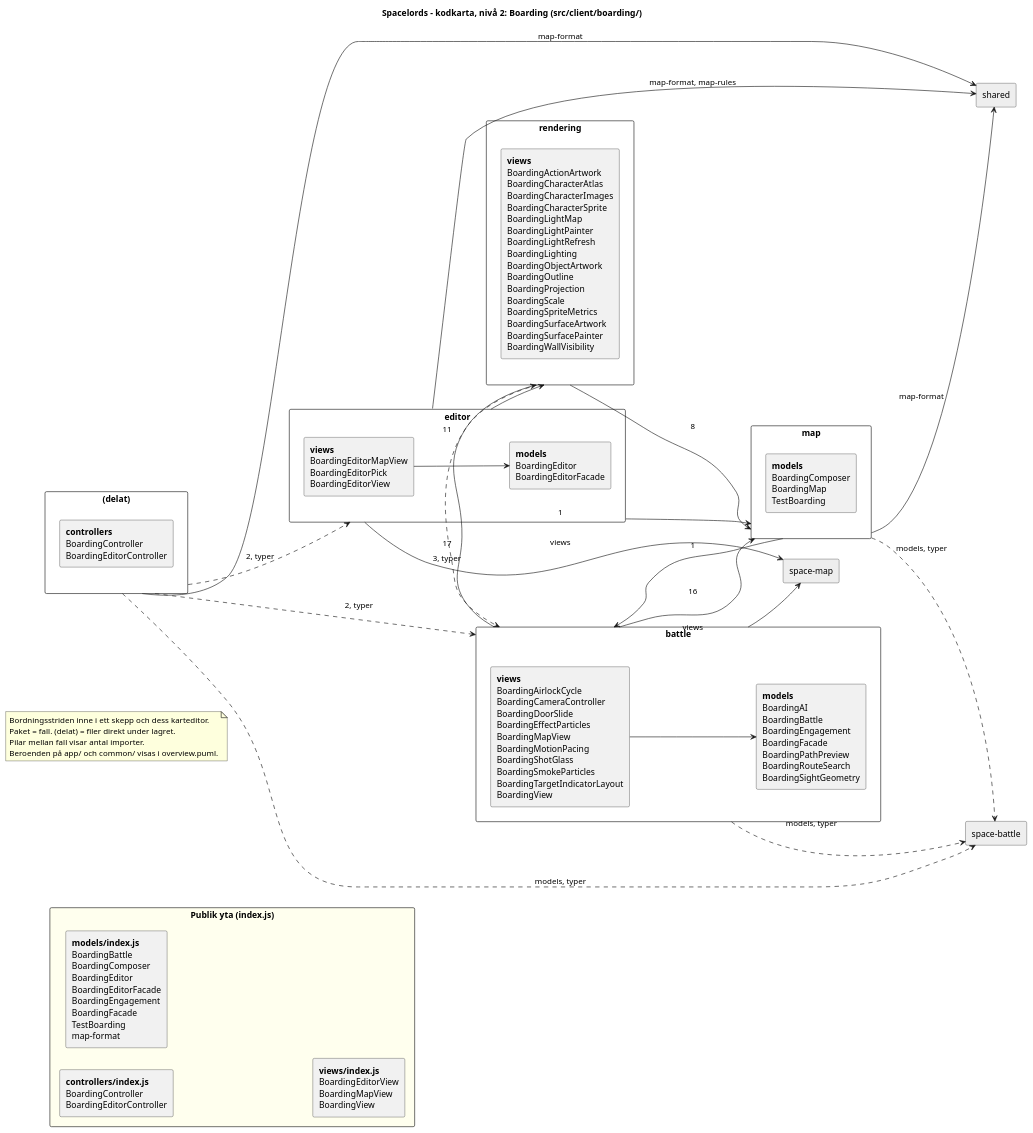
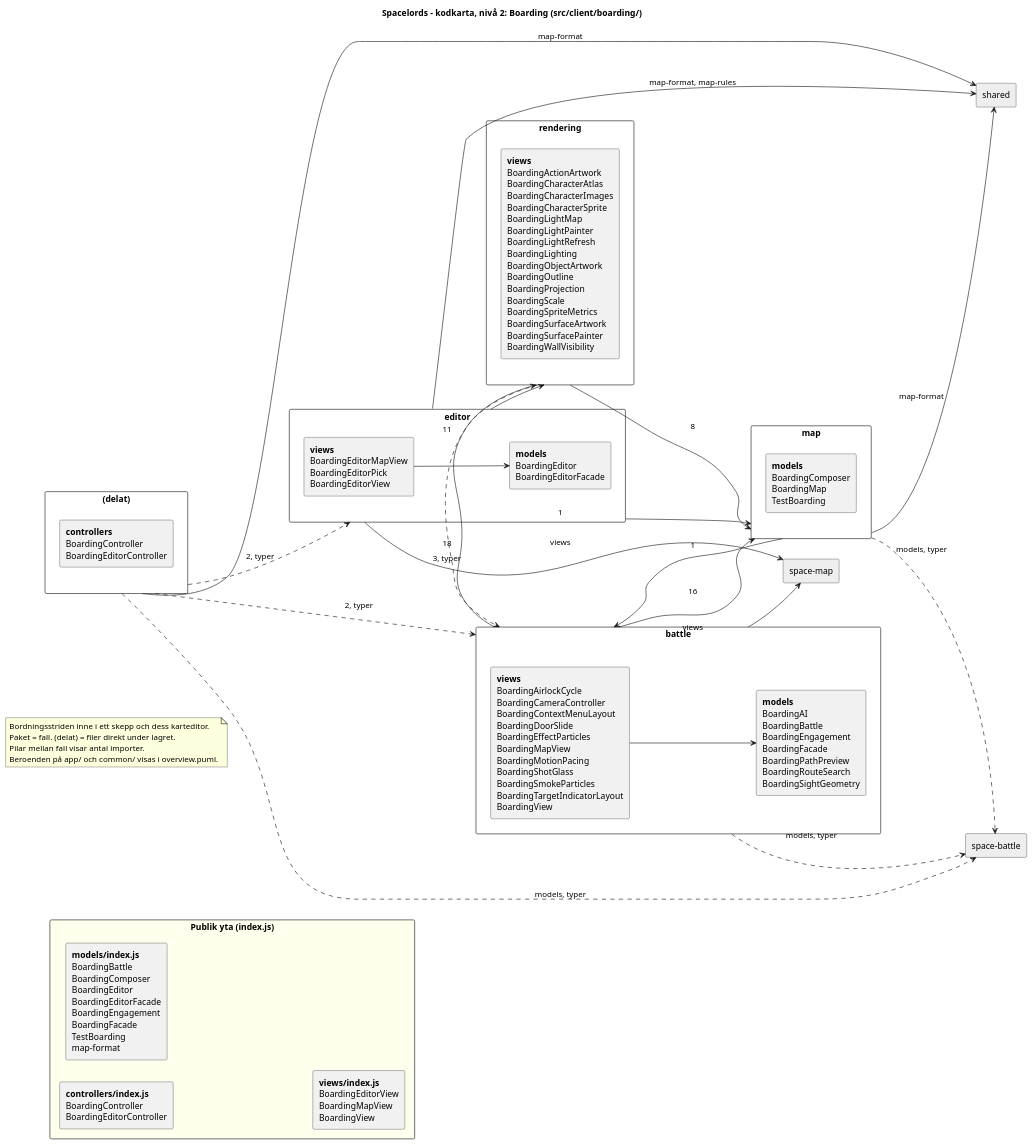
The diagram in docs/architecture/boarding.puml (dntoll/spacelords), drawn with PlantUML before and after one commit. The commit also changed 11 other files, not shown here.

First line of the commit message:
Boarding: PC HUD centred, menu above target with HP, thin selection frame, double-click to shoot

```diff
--- a/docs/architecture/boarding.puml
+++ b/docs/architecture/boarding.puml
@@ -1,58 +1,58 @@
 @startuml
 ' Generated by scripts/architecture-map.mjs from architecture.config.mjs and
 ' the imports in src/. Do not edit by hand; run npm run architecture:map.
 title Spacelords – kodkarta, nivå 2: Boarding (src/client/boarding/)
 skinparam packageStyle rectangle
 skinparam shadowing false
 left to right direction
 note as about
   Bordningsstriden inne i ett skepp och dess karteditor.
   Paket = fall. (delat) = filer direkt under lagret.
   Pilar mellan fall visar antal importer.
   Beroenden på app/ och common/ visas i overview.puml.
 end note
 package "Publik yta (index.js)" as public_surface #FFFFEE {
   rectangle "<b>controllers/index.js</b>\nBoardingController\nBoardingEditorController" as public__controllers
   rectangle "<b>models/index.js</b>\nBoardingBattle\nBoardingComposer\nBoardingEditor\nBoardingEditorFacade\nBoardingEngagement\nBoardingFacade\nTestBoarding\nmap-format" as public__models
   rectangle "<b>views/index.js</b>\nBoardingEditorView\nBoardingMapView\nBoardingView" as public__views
 }
 package "(delat)" as boarding___delat_ {
   rectangle "<b>controllers</b>\nBoardingController\nBoardingEditorController" as boarding___delat___controllers
 }
 package "battle" as boarding__battle {
   rectangle "<b>models</b>\nBoardingAI\nBoardingBattle\nBoardingEngagement\nBoardingFacade\nBoardingPathPreview\nBoardingRouteSearch\nBoardingSightGeometry" as boarding__battle__models
-  rectangle "<b>views</b>\nBoardingAirlockCycle\nBoardingCameraController\nBoardingDoorSlide\nBoardingEffectParticles\nBoardingMapView\nBoardingMotionPacing\nBoardingShotGlass\nBoardingSmokeParticles\nBoardingTargetIndicatorLayout\nBoardingView" as boarding__battle__views
+  rectangle "<b>views</b>\nBoardingAirlockCycle\nBoardingCameraController\nBoardingContextMenuLayout\nBoardingDoorSlide\nBoardingEffectParticles\nBoardingMapView\nBoardingMotionPacing\nBoardingShotGlass\nBoardingSmokeParticles\nBoardingTargetIndicatorLayout\nBoardingView" as boarding__battle__views
 }
 package "editor" as boarding__editor {
   rectangle "<b>models</b>\nBoardingEditor\nBoardingEditorFacade" as boarding__editor__models
   rectangle "<b>views</b>\nBoardingEditorMapView\nBoardingEditorPick\nBoardingEditorView" as boarding__editor__views
 }
 package "map" as boarding__map {
   rectangle "<b>models</b>\nBoardingComposer\nBoardingMap\nTestBoarding" as boarding__map__models
 }
 package "rendering" as boarding__rendering {
   rectangle "<b>views</b>\nBoardingActionArtwork\nBoardingCharacterAtlas\nBoardingCharacterImages\nBoardingCharacterSprite\nBoardingLightMap\nBoardingLightPainter\nBoardingLightRefresh\nBoardingLighting\nBoardingObjectArtwork\nBoardingOutline\nBoardingProjection\nBoardingScale\nBoardingSpriteMetrics\nBoardingSurfaceArtwork\nBoardingSurfacePainter\nBoardingWallVisibility" as boarding__rendering__views
 }
 rectangle "shared" as ext__shared #EEEEEE
 rectangle "space-battle" as ext__space_battle #EEEEEE
 rectangle "space-map" as ext__space_map #EEEEEE
 boarding__battle__views --> boarding__battle__models
 boarding__editor__views --> boarding__editor__models
 boarding___delat_ ..> boarding__battle : 2, typer
 boarding___delat_ ..> boarding__editor : 2, typer
 boarding__battle --> boarding__map : 16
-boarding__battle --> boarding__rendering : 17
+boarding__battle --> boarding__rendering : 18
 boarding__editor --> boarding__map : 1
 boarding__editor --> boarding__rendering : 11
 boarding__map --> boarding__battle : 1
 boarding__rendering ..> boarding__battle : 3, typer
 boarding__rendering --> boarding__map : 8
 boarding___delat_ --> ext__shared : map-format
 boarding___delat_ ..> ext__space_battle : models, typer
 boarding__battle ..> ext__space_battle : models, typer
 boarding__battle --> ext__space_map : views
 boarding__editor --> ext__shared : map-format, map-rules
 boarding__editor --> ext__space_map : views
 boarding__map --> ext__shared : map-format
 boarding__map ..> ext__space_battle : models, typer
 @enduml
```
